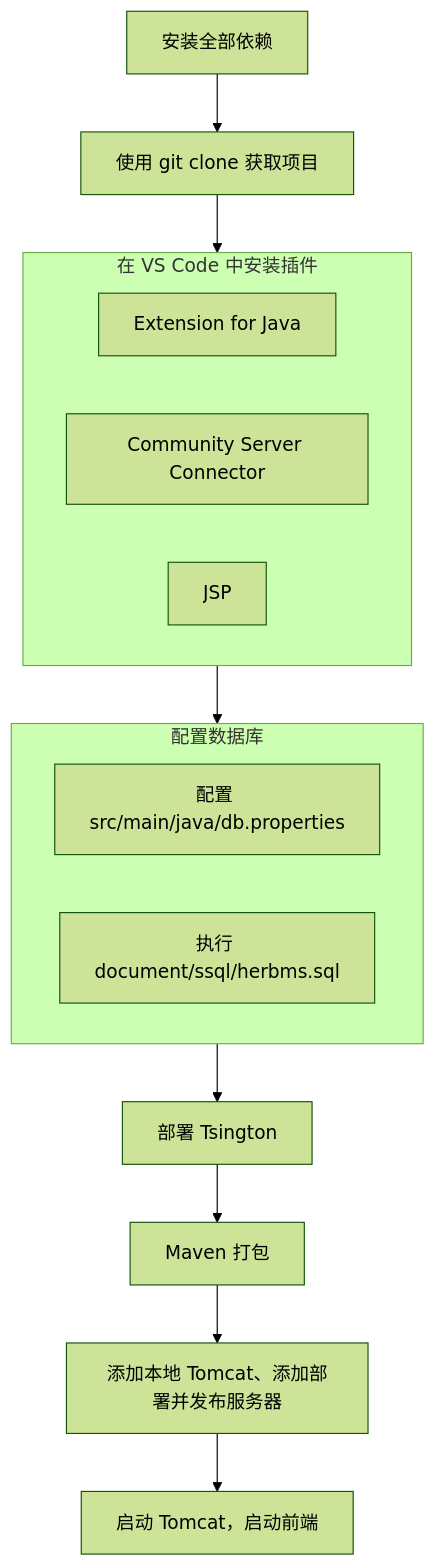
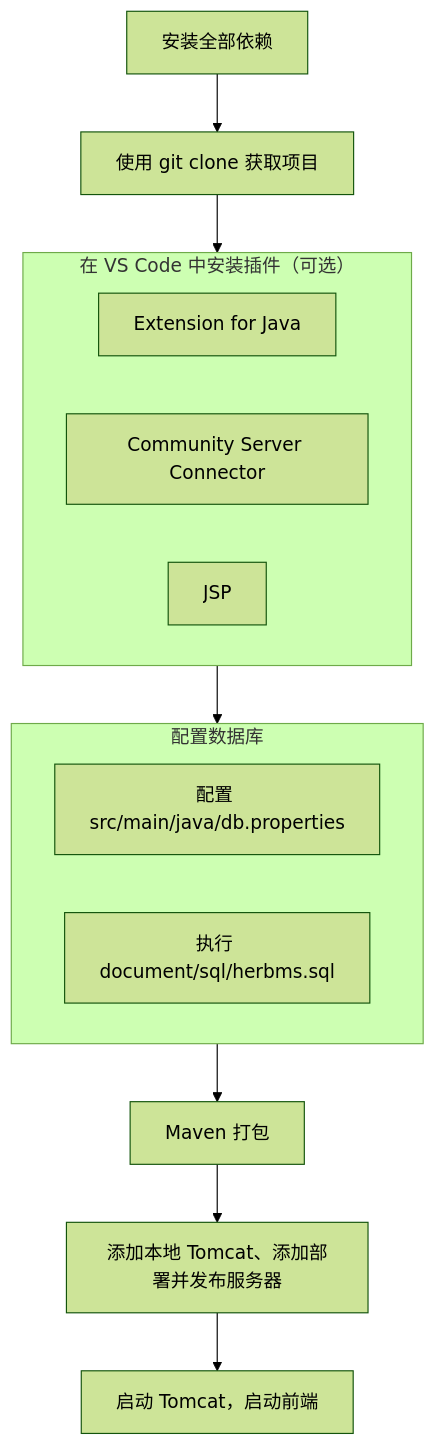
Before and after one commit to penyoofficial/HerbMS-BE: the first of 2 diagrams in README.md, drawn with Mermaid (forest theme). The commit also changed other lines of this file and 46 other files, not shown here.

````diff
--- a/README.md
+++ b/README.md
@@ -22,20 +21,18 @@
 ```mermaid
 graph
-  s1["安装全部依赖"]
-  -->s2["使用 git clone 获取项目"]
-  -->s3
-  -->s4
-  -->s5["部署 Tsington"]
-  -->s6["Maven 打包"]
-  -->s7["添加本地 Tomcat、添加部署并发布服务器"]
-  -->s8["启动 Tomcat，启动前端"]
-  subgraph s3["在 VS Code 中安装插件"]
-    s3.1["Extension for Java"]
-    s3.2["Community Server Connector"]
-    s3.3["JSP"]
-  end
-  subgraph s4["配置数据库"]
-    s4.1["配置 src/main/java/db.properties"]
-    s4.2["执行 document/ssql/herbms.sql"]
-  end
+    s1["安装全部依赖"]
+    s2["使用 git clone 获取项目"]
+    subgraph s3["在 VS Code 中安装插件（可选）"]
+        s3.1["Extension for Java"]
+        s3.2["Community Server Connector"]
+        s3.3["JSP"]
+    end
+    subgraph s4["配置数据库"]
+        s4.1["配置 src/main/java/db.properties"]
+        s4.2["执行 document/sql/herbms.sql"]
+    end
+    s5["Maven 打包"]
+    s6["添加本地 Tomcat、添加部署并发布服务器"]
+    s7["启动 Tomcat，启动前端"]
+    s1 --> s2 --> s3 --> s4 --> s5 --> s6 --> s7
 ```
````
